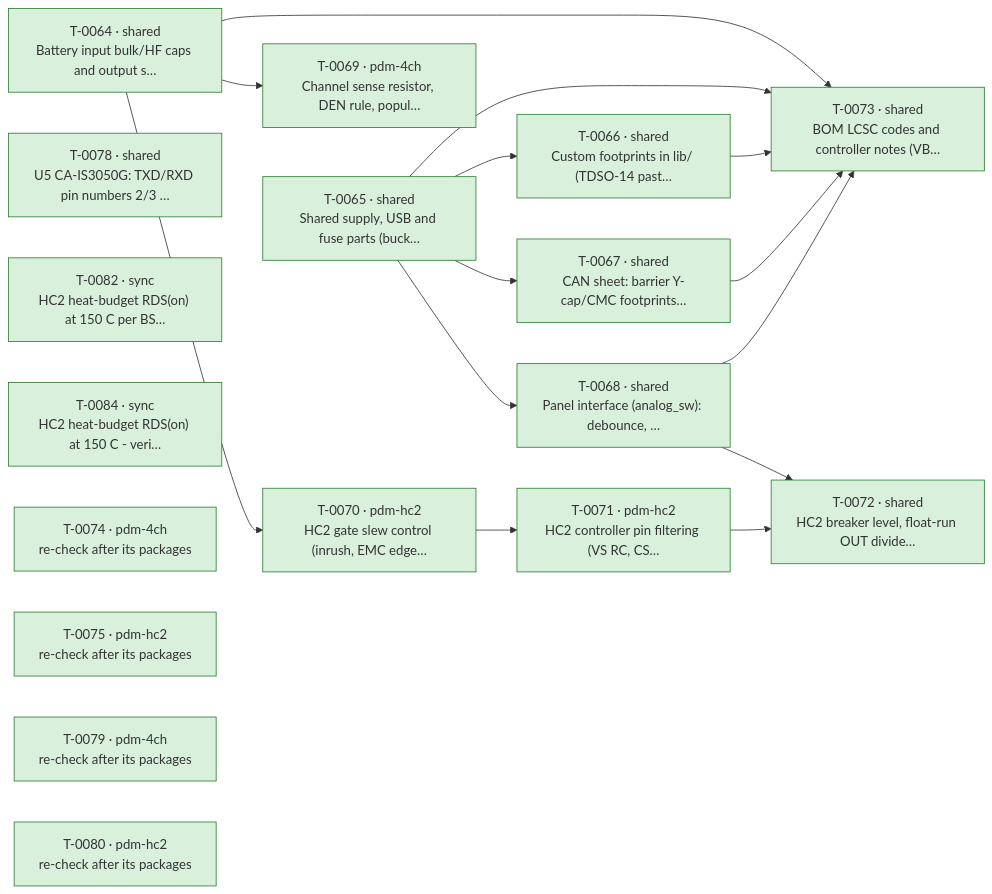
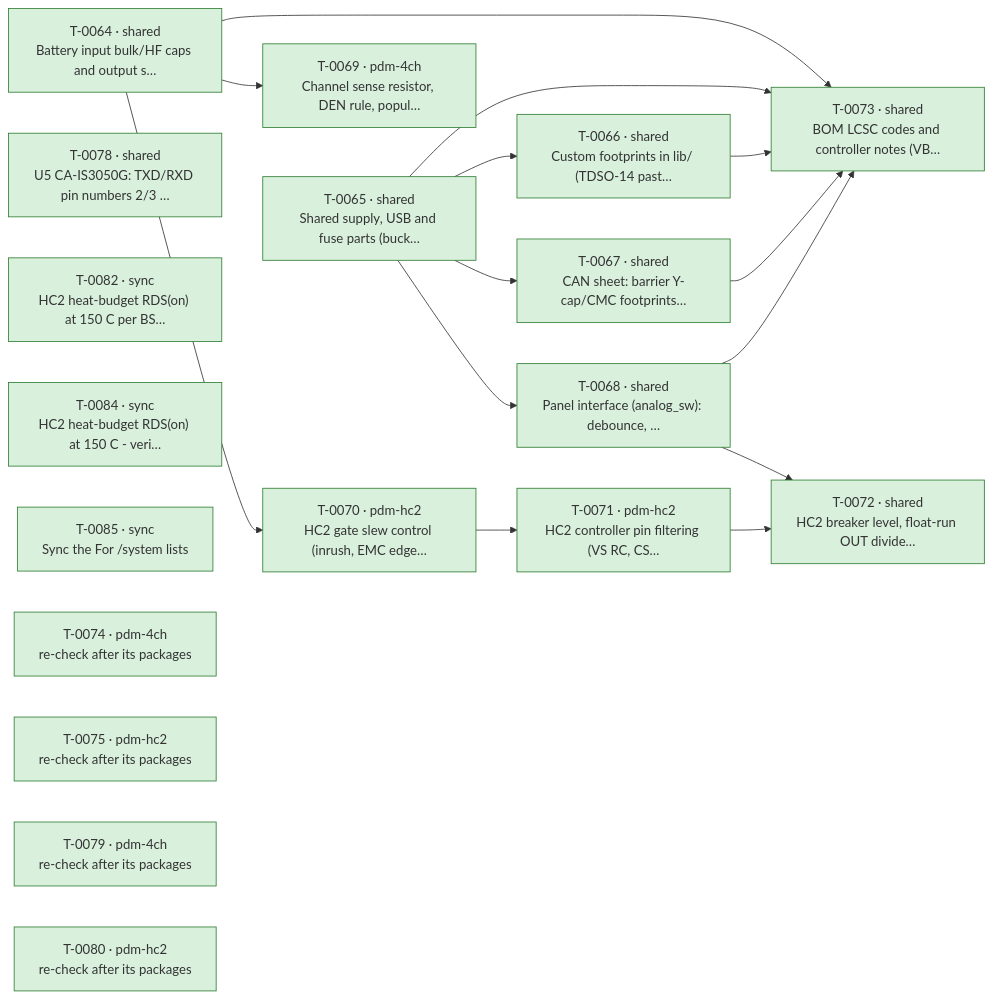
Before and after one commit to plektra/ESP32-PDM: the diagram in docs/ROADMAP.md, drawn with Mermaid. The commit also changed other lines of this file and 1 other file, not shown here.

First line of the commit message:
Auto: board-fixer sync (T-0085): 5 synced, 12 left for /system, merged 78c1506a

````diff
--- a/docs/ROADMAP.md
+++ b/docs/ROADMAP.md
@@ -18,37 +18,38 @@
 ```mermaid
 flowchart LR
   T0064["T-0064 · shared<br/>Battery input bulk/HF caps and output s…"]:::done
   T0065["T-0065 · shared<br/>Shared supply, USB and fuse parts (buck…"]:::done
   T0066["T-0066 · shared<br/>Custom footprints in lib/ (TDSO-14 past…"]:::done
   T0067["T-0067 · shared<br/>CAN sheet: barrier Y-cap/CMC footprints…"]:::done
   T0068["T-0068 · shared<br/>Panel interface (analog_sw): debounce, …"]:::done
   T0069["T-0069 · pdm-4ch<br/>Channel sense resistor, DEN rule, popul…"]:::done
   T0070["T-0070 · pdm-hc2<br/>HC2 gate slew control (inrush, EMC edge…"]:::done
   T0071["T-0071 · pdm-hc2<br/>HC2 controller pin filtering (VS RC, CS…"]:::done
   T0072["T-0072 · shared<br/>HC2 breaker level, float-run OUT divide…"]:::done
   T0073["T-0073 · shared<br/>BOM LCSC codes and controller notes (VB…"]:::done
   T0078["T-0078 · shared<br/>U5 CA-IS3050G: TXD/RXD pin numbers 2/3 …"]:::done
   T0082["T-0082 · sync<br/>HC2 heat-budget RDS(on) at 150 C per BS…"]:::done
   T0084["T-0084 · sync<br/>HC2 heat-budget RDS(on) at 150 C - veri…"]:::done
+  T0085["T-0085 · sync<br/>Sync the  For /system  lists"]:::done
   T0074["T-0074 · pdm-4ch<br/>re-check after its packages"]:::done
   T0075["T-0075 · pdm-hc2<br/>re-check after its packages"]:::done
   T0079["T-0079 · pdm-4ch<br/>re-check after its packages"]:::done
   T0080["T-0080 · pdm-hc2<br/>re-check after its packages"]:::done
   T0065 --> T0066
   T0065 --> T0067
   T0065 --> T0068
   T0064 --> T0069
   T0064 --> T0070
   T0070 --> T0071
   T0068 --> T0072
   T0071 --> T0072
   T0064 --> T0073
   T0065 --> T0073
   T0066 --> T0073
   T0067 --> T0073
   T0068 --> T0073
   classDef done fill:#d8f0dc,stroke:#2e7d32
   classDef running fill:#d6e6ff,stroke:#1f5fbf
   classDef ready fill:#f2f2f2,stroke:#888
   classDef failed fill:#f9d9d9,stroke:#b3261e
 ```
````
